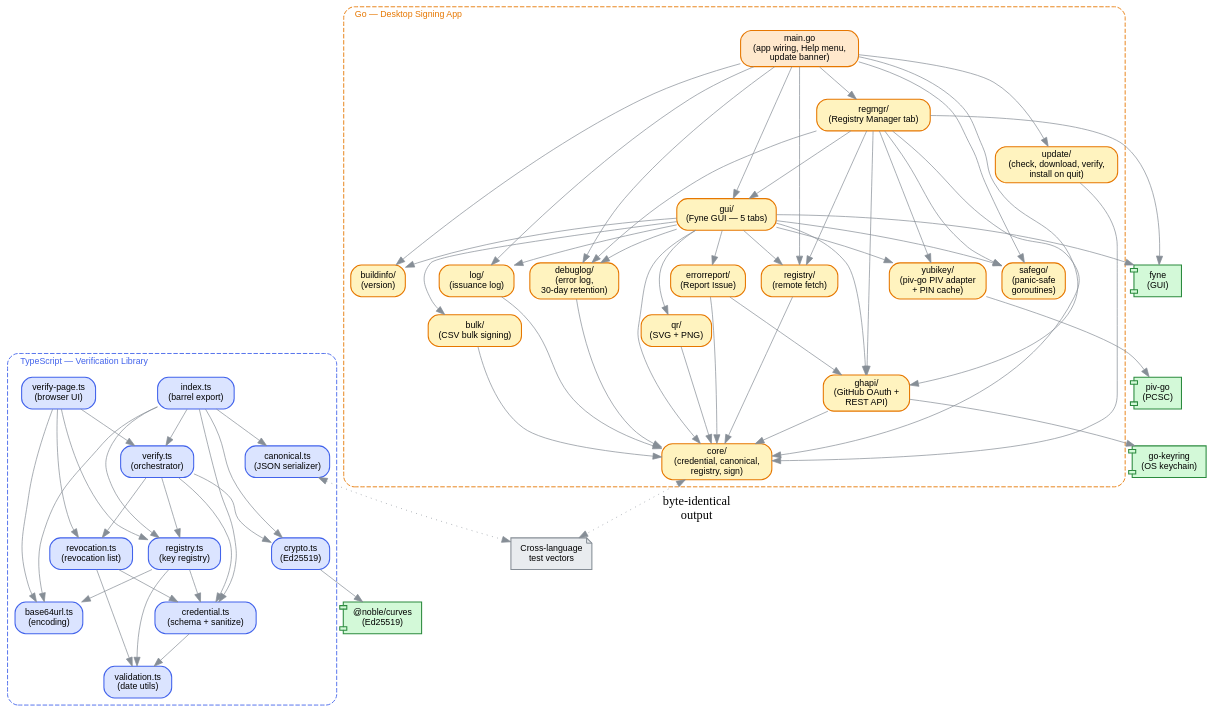
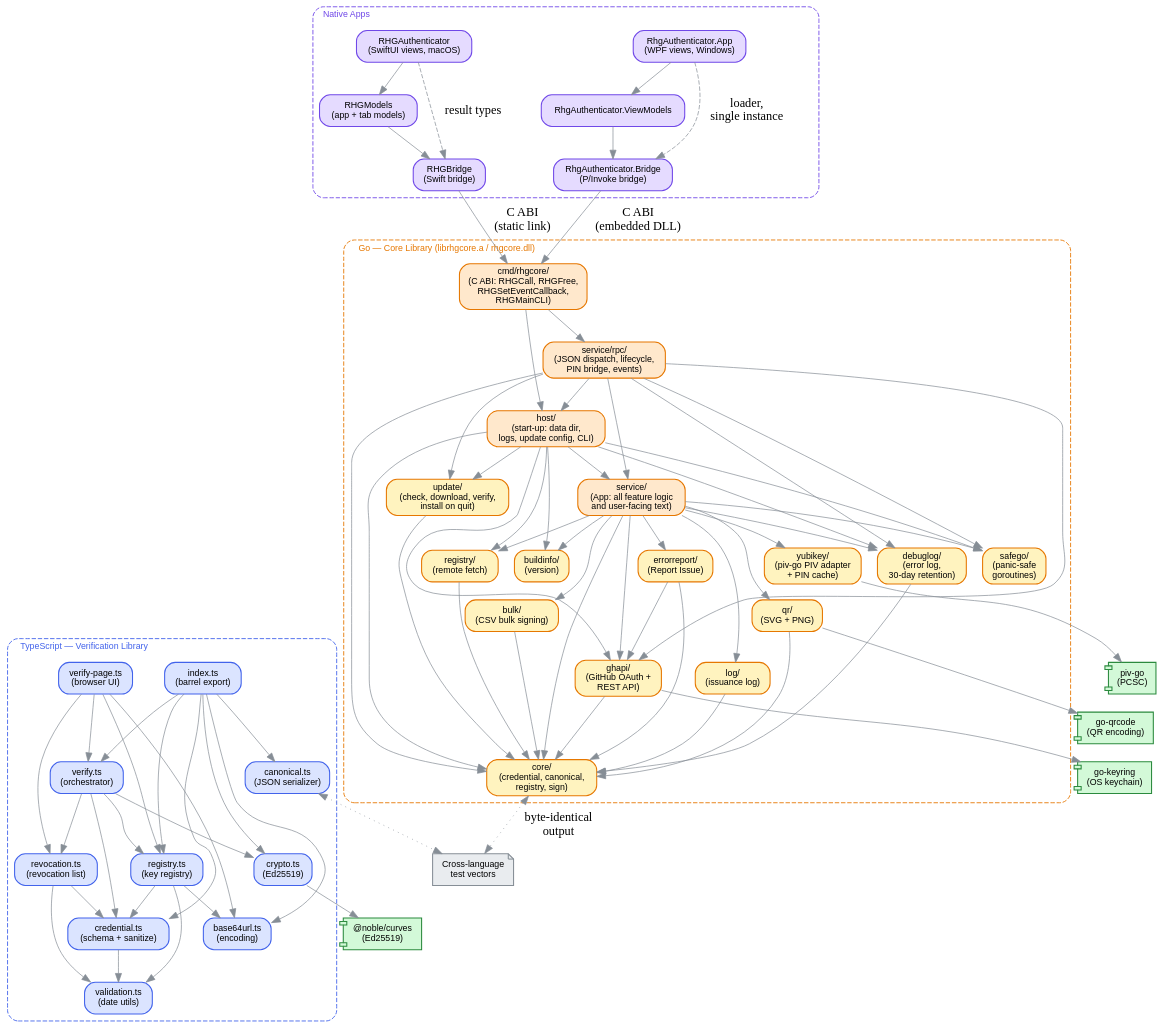
The diagram in docs/module-architecture.dot (RoyalHouseOfGeorgia/rhg_authenticator), drawn with Graphviz before and after one commit. The commit also changed 484 other files, not shown here.

First line of the commit message:
Native macOS and Windows apps on a Go core (v2.0.0) (#145)

```diff
--- a/docs/module-architecture.dot
+++ b/docs/module-architecture.dot
@@ -1,134 +1,163 @@
 digraph module_architecture {
     rankdir=TB;
     bgcolor="transparent";
     node [fontname="Helvetica", fontsize=10, style="filled,rounded", shape=box, penwidth=1.2];
     edge [color="#868e96", penwidth=0.8];
     compound=true;
 
     // TypeScript verification library
     subgraph cluster_ts {
         label="TypeScript — Verification Library";
         labeljust=l;
         style="dashed,rounded";
         color="#4263eb";
         fontname="Helvetica";
         fontsize=10;
         fontcolor="#4263eb";
 
         index [label="index.ts\n(barrel export)", fillcolor="#dbe4ff", color="#4263eb"];
         verify [label="verify.ts\n(orchestrator)", fillcolor="#dbe4ff", color="#4263eb"];
         verify_page [label="verify-page.ts\n(browser UI)", fillcolor="#dbe4ff", color="#4263eb"];
         credential [label="credential.ts\n(schema + sanitize)", fillcolor="#dbe4ff", color="#4263eb"];
         crypto [label="crypto.ts\n(Ed25519)", fillcolor="#dbe4ff", color="#4263eb"];
         registry [label="registry.ts\n(key registry)", fillcolor="#dbe4ff", color="#4263eb"];
         revocation [label="revocation.ts\n(revocation list)", fillcolor="#dbe4ff", color="#4263eb"];
         validation [label="validation.ts\n(date utils)", fillcolor="#dbe4ff", color="#4263eb"];
         base64url [label="base64url.ts\n(encoding)", fillcolor="#dbe4ff", color="#4263eb"];
         canonical [label="canonical.ts\n(JSON serializer)", fillcolor="#dbe4ff", color="#4263eb"];
     }
 
-    // Go signing app
+    // Native desktop apps (front ends over the Go core's C ABI)
+    subgraph cluster_hosts {
+        label="Native Apps";
+        labeljust=l;
+        style="dashed,rounded";
+        color="#7048e8";
+        fontname="Helvetica";
+        fontsize=10;
+        fontcolor="#7048e8";
+
+        mac_views [label="RHGAuthenticator\n(SwiftUI views, macOS)", fillcolor="#e5dbff", color="#7048e8"];
+        mac_models [label="RHGModels\n(app + tab models)", fillcolor="#e5dbff", color="#7048e8"];
+        mac_bridge [label="RHGBridge\n(Swift bridge)", fillcolor="#e5dbff", color="#7048e8"];
+        win_app [label="RhgAuthenticator.App\n(WPF views, Windows)", fillcolor="#e5dbff", color="#7048e8"];
+        win_vm [label="RhgAuthenticator.ViewModels", fillcolor="#e5dbff", color="#7048e8"];
+        win_bridge [label="RhgAuthenticator.Bridge\n(P/Invoke bridge)", fillcolor="#e5dbff", color="#7048e8"];
+    }
+
+    // Go core library
     subgraph cluster_go {
-        label="Go — Desktop Signing App";
+        label="Go — Core Library (librhgcore.a / rhgcore.dll)";
         labeljust=l;
         style="dashed,rounded";
         color="#e67700";
         fontname="Helvetica";
         fontsize=10;
         fontcolor="#e67700";
 
-        go_main [label="main.go\n(app wiring, Help menu,\nupdate banner)", fillcolor="#ffe8cc", color="#e67700"];
-        go_gui [label="gui/\n(Fyne GUI — 5 tabs)", fillcolor="#fff3bf", color="#e67700"];
+        go_rhgcore [label="cmd/rhgcore/\n(C ABI: RHGCall, RHGFree,\nRHGSetEventCallback,\nRHGMainCLI)", fillcolor="#ffe8cc", color="#e67700"];
+        go_rpc [label="service/rpc/\n(JSON dispatch, lifecycle,\nPIN bridge, events)", fillcolor="#ffe8cc", color="#e67700"];
+        go_service [label="service/\n(App: all feature logic\nand user-facing text)", fillcolor="#ffe8cc", color="#e67700"];
+        go_host [label="host/\n(start-up: data dir,\nlogs, update config, CLI)", fillcolor="#ffe8cc", color="#e67700"];
         go_bulk [label="bulk/\n(CSV bulk signing)", fillcolor="#fff3bf", color="#e67700"];
         go_core [label="core/\n(credential, canonical,\nregistry, sign)", fillcolor="#fff3bf", color="#e67700"];
-        go_regmgr [label="regmgr/\n(Registry Manager tab)", fillcolor="#fff3bf", color="#e67700"];
         go_ghapi [label="ghapi/\n(GitHub OAuth +\nREST API)", fillcolor="#fff3bf", color="#e67700"];
         go_yubikey [label="yubikey/\n(piv-go PIV adapter\n+ PIN cache)", fillcolor="#fff3bf", color="#e67700"];
         go_qr [label="qr/\n(SVG + PNG)", fillcolor="#fff3bf", color="#e67700"];
         go_log [label="log/\n(issuance log)", fillcolor="#fff3bf", color="#e67700"];
         go_registry [label="registry/\n(remote fetch)", fillcolor="#fff3bf", color="#e67700"];
         go_debuglog [label="debuglog/\n(error log,\n30-day retention)", fillcolor="#fff3bf", color="#e67700"];
         go_errorreport [label="errorreport/\n(Report Issue)", fillcolor="#fff3bf", color="#e67700"];
         go_update [label="update/\n(check, download, verify,\ninstall on quit)", fillcolor="#fff3bf", color="#e67700"];
         go_buildinfo [label="buildinfo/\n(version)", fillcolor="#fff3bf", color="#e67700"];
         go_safego [label="safego/\n(panic-safe\ngoroutines)", fillcolor="#fff3bf", color="#e67700"];
     }
 
     // External deps
     noble [label="@noble/curves\n(Ed25519)", shape=component, fillcolor="#d3f9d8", color="#2b8a3e"];
     pivgo [label="piv-go\n(PCSC)", shape=component, fillcolor="#d3f9d8", color="#2b8a3e"];
-    fyne [label="fyne\n(GUI)", shape=component, fillcolor="#d3f9d8", color="#2b8a3e"];
+    qrcode [label="go-qrcode\n(QR encoding)", shape=component, fillcolor="#d3f9d8", color="#2b8a3e"];
     keyring [label="go-keyring\n(OS keychain)", shape=component, fillcolor="#d3f9d8", color="#2b8a3e"];
 
     // Cross-language link
     vectors [label="Cross-language\ntest vectors", shape=note, fillcolor="#e9ecef", color="#868e96"];
 
     // TypeScript core deps
     index -> verify;
     index -> registry;
     index -> credential;
     index -> crypto;
     index -> base64url;
     index -> canonical;
     verify -> credential;
     verify -> crypto;
     verify -> registry;
     verify -> revocation;
     verify_page -> verify;
     verify_page -> base64url;
     verify_page -> registry;
     verify_page -> revocation;
     credential -> validation;
     registry -> base64url;
     registry -> credential;
     registry -> validation;
     revocation -> credential;
     revocation -> validation;
     crypto -> noble;
 
-    // Go internal deps (from `go list`; core is imported by nearly every package)
-    go_main -> go_gui;
-    go_main -> go_regmgr;
-    go_main -> go_update;
-    go_main -> go_buildinfo;
-    go_main -> go_debuglog;
-    go_main -> go_safego;
-    go_main -> go_ghapi;
-    go_main -> go_log;
-    go_main -> go_registry;
-    go_gui -> go_core;
-    go_gui -> go_bulk;
-    go_gui -> go_yubikey;
-    go_gui -> go_qr;
-    go_gui -> go_log;
-    go_gui -> go_registry;
-    go_gui -> go_ghapi;
-    go_gui -> go_debuglog;
-    go_gui -> go_errorreport;
-    go_gui -> go_buildinfo;
-    go_gui -> go_safego;
+    // Native apps -> C ABI
+    mac_views -> mac_models;
+    mac_models -> mac_bridge;
+    mac_bridge -> go_rhgcore [label="C ABI\n(static link)"];
+    win_app -> win_vm;
+    win_vm -> win_bridge;
+    win_bridge -> go_rhgcore [label="C ABI\n(embedded DLL)"];
+    mac_views -> mac_bridge [style=dashed, label="result types"];
+    win_app -> win_bridge [style=dashed, label="loader,\nsingle instance"];
+
+    // Go internal deps (from the non-test import blocks; core is imported by nearly every package)
+    go_rhgcore -> go_rpc;
+    go_rhgcore -> go_host;
+    go_rpc -> go_service;
+    go_rpc -> go_host;
+    go_rpc -> go_update;
+    go_rpc -> go_ghapi;
+    go_rpc -> go_debuglog;
+    go_rpc -> go_safego;
+    go_rpc -> go_core;
+    go_host -> go_service;
+    go_host -> go_update;
+    go_host -> go_registry;
+    go_host -> go_ghapi;
+    go_host -> go_debuglog;
+    go_host -> go_safego;
+    go_host -> go_buildinfo;
+    go_host -> go_core;
+    go_service -> go_core;
+    go_service -> go_bulk;
+    go_service -> go_log;
+    go_service -> go_qr;
+    go_service -> go_registry;
+    go_service -> go_yubikey;
+    go_service -> go_ghapi;
+    go_service -> go_errorreport;
+    go_service -> go_debuglog;
+    go_service -> go_buildinfo;
+    go_service -> go_safego;
     go_qr -> go_core;
     go_bulk -> go_core;
     go_log -> go_core;
     go_registry -> go_core;
     go_ghapi -> go_core;
     go_debuglog -> go_core;
     go_update -> go_core;
     go_errorreport -> go_core;
     go_errorreport -> go_ghapi;
-    go_regmgr -> go_gui;
-    go_regmgr -> go_core;
-    go_regmgr -> go_ghapi;
-    go_regmgr -> go_yubikey;
-    go_regmgr -> go_registry;
-    go_regmgr -> go_debuglog;
-    go_regmgr -> go_safego;
     go_yubikey -> pivgo;
-    go_gui -> fyne;
-    go_regmgr -> fyne;
+    go_qr -> qrcode;
     go_ghapi -> keyring;
 
     // Cross-language
     go_core -> vectors [style=dotted, dir=both, label="byte-identical\noutput"];
     canonical -> vectors [style=dotted, dir=both];
 }
```
